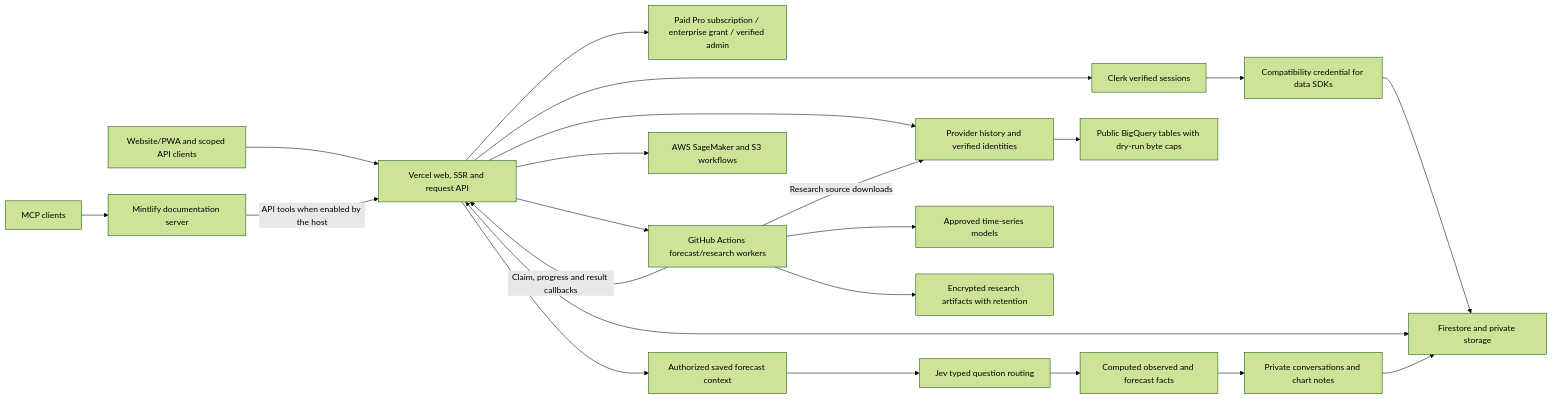
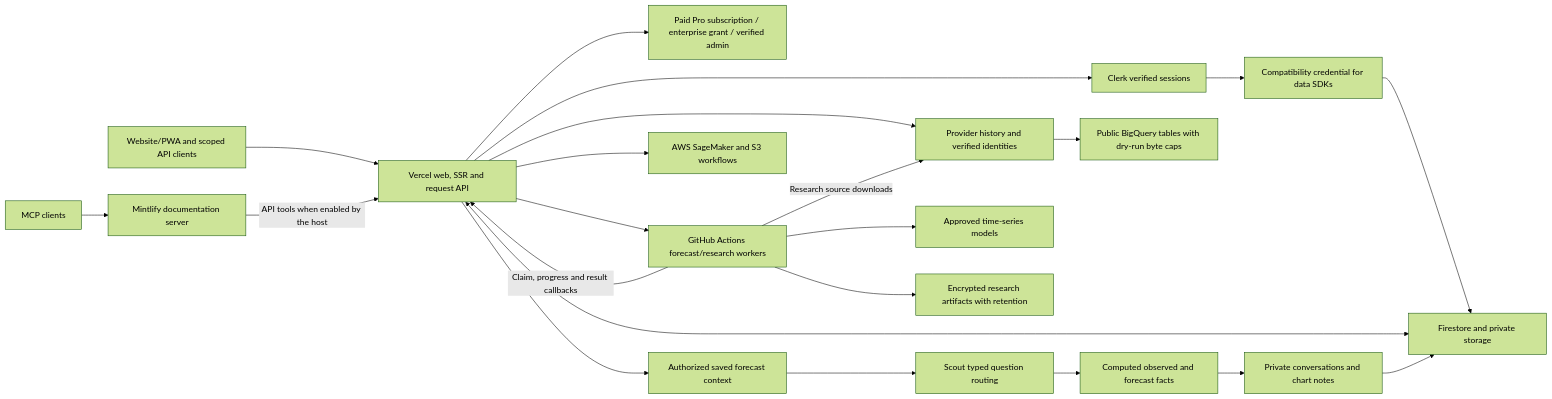
One commit to tamzid2001/stockssagemakerdata changed the first of 2 diagrams in README.md. Above: the diagram before and after it, drawn with Mermaid (forest theme). The commit also changed other lines of this file and 29 other files, not shown here.

Commit message:
Apply new-member Clerk promotion and rename forecast assistant Scout

````diff
--- a/README.md
+++ b/README.md
@@ -121,24 +121,24 @@
 ```mermaid
 flowchart LR
     Clients[Website/PWA and scoped API clients] --> API[Vercel web, SSR and request API]
     API --> Identity[Clerk verified sessions]
     Identity --> Bridge[Compatibility credential for data SDKs]
     Bridge --> State
     API --> Entitlement[Paid Pro subscription / enterprise grant / verified admin]
     API <--> State[Firestore and private storage]
     API --> Data[Provider history and verified identities]
     Data --> BigQuery[Public BigQuery tables with dry-run byte caps]
     API --> QA[Authorized saved forecast context]
-    QA --> Jev[Jev typed question routing]
-    Jev --> Facts[Computed observed and forecast facts]
+    QA --> Scout[Scout typed question routing]
+    Scout --> Facts[Computed observed and forecast facts]
     Facts --> Requests[Private conversations and chart notes]
     Requests --> State
     API --> Workers[GitHub Actions forecast/research workers]
     Workers --> Models[Approved time-series models]
     Workers -->|Claim, progress and result callbacks| API
     Workers -->|Research source downloads| Data
     Workers --> Artifacts[Encrypted research artifacts with retention]
     API --> Legacy[AWS SageMaker and S3 workflows]
     MCP[MCP clients] --> Docs[Mintlify documentation server]
     Docs -->|API tools when enabled by the host| API
 ```
````
